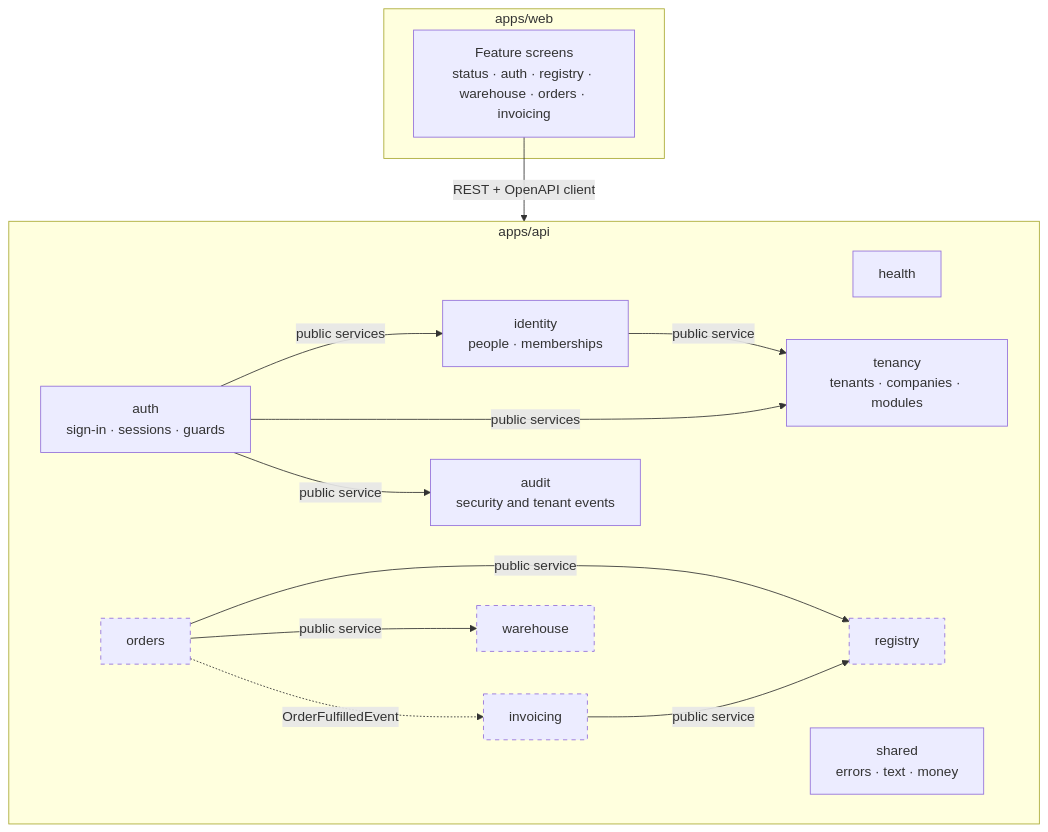
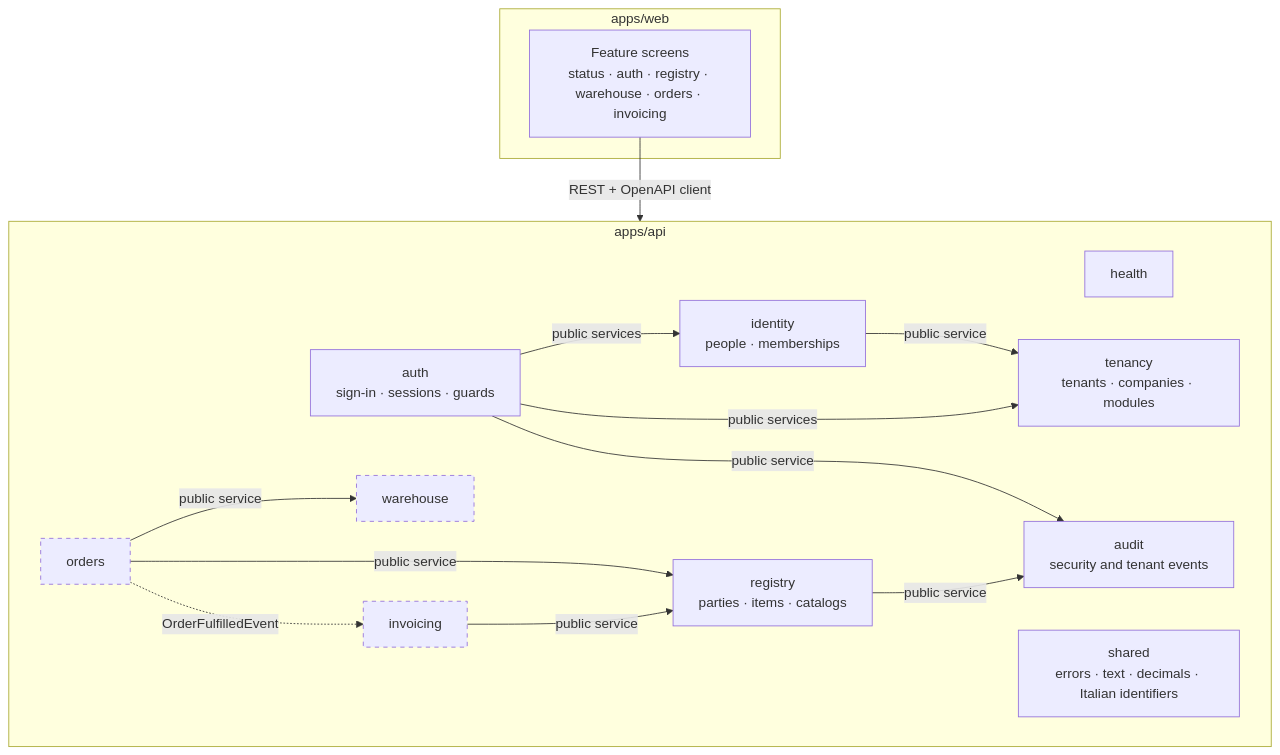
The sixth of 6 diagrams in docs/architecture.md (MicheleG14/mercurio), drawn with Mermaid before and after one commit. The commit also changed other lines of this file and 10 other files, not shown here.

First line of the commit message:
docs: registry, Italian scope, decimals in JSON and the list and record pattern

````diff
--- a/docs/architecture.md
+++ b/docs/architecture.md
@@ -193,32 +197,33 @@
 ```mermaid
 flowchart TB
     subgraph web[apps/web]
         ui[Feature screens<br/>status · auth · registry · warehouse · orders · invoicing]
     end
 
     subgraph api[apps/api]
         health[health]
         tenancy[tenancy<br/>tenants · companies · modules]
         identity[identity<br/>people · memberships]
         auth[auth<br/>sign-in · sessions · guards]
         audit[audit<br/>security and tenant events]
-        registry[registry]
+        registry[registry<br/>parties · items · catalogs]
         warehouse[warehouse]
         orders[orders]
         invoicing[invoicing]
-        shared[shared<br/>errors · text · money]
+        shared[shared<br/>errors · text · decimals · Italian identifiers]
     end
 
     ui -- REST + OpenAPI client --> api
     identity -- public service --> tenancy
     auth -- public services --> identity
     auth -- public services --> tenancy
     auth -- public service --> audit
+    registry -- public service --> audit
     orders -- public service --> registry
     orders -- public service --> warehouse
     orders -. OrderFulfilledEvent .-> invoicing
     invoicing -- public service --> registry
 
     classDef planned stroke-dasharray: 5 5
-    class registry,warehouse,orders,invoicing planned
+    class warehouse,orders,invoicing planned
 ```
````
